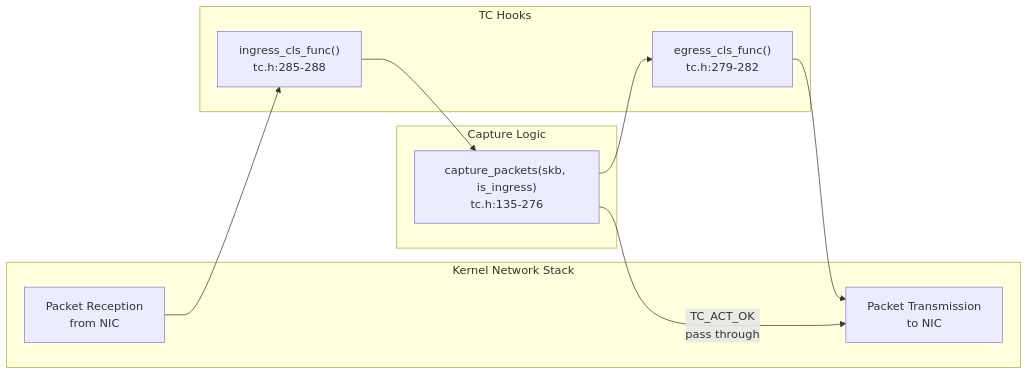
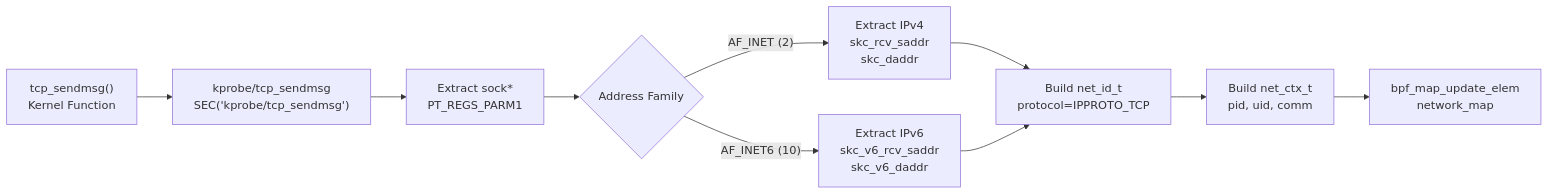
The second of 4 diagrams in src/en/3-capture-modules/3.3-network-packet-capture-with-tc.md (gojue/ecapture.cc), drawn with Mermaid before and after one commit. The commit also changed other lines of this file and 115 other files, not shown here.

````diff
--- a/src/en/3-capture-modules/3.3-network-packet-capture-with-tc.md
+++ b/src/en/3-capture-modules/3.3-network-packet-capture-with-tc.md
@@ -92,24 +217,12 @@
 ```mermaid
 graph LR
-    subgraph "Kernel Network Stack"
-        RX["Packet Reception<br/>from NIC"]
-        TX["Packet Transmission<br/>to NIC"]
-    end
-    
-    subgraph "TC Hooks"
-        ING["ingress_cls_func()<br/>tc.h:285-288"]
-        EGR["egress_cls_func()<br/>tc.h:279-282"]
-    end
-    
-    subgraph "Capture Logic"
-        CAP["capture_packets(skb, is_ingress)<br/>tc.h:135-276"]
-    end
-    
-    RX --> ING
-    ING --> CAP
-    
-    CAP --> EGR
-    EGR --> TX
-    
-    CAP -->|"TC_ACT_OK<br/>pass through"| TX
+    A["tcp_sendmsg()<br/>Kernel Function"] --> B["kprobe/tcp_sendmsg<br/>SEC('kprobe/tcp_sendmsg')"]
+    B --> C["Extract sock*<br/>PT_REGS_PARM1"]
+    C --> D{"Address Family"}
+    D -->|"AF_INET (2)"| E["Extract IPv4<br/>skc_rcv_saddr<br/>skc_daddr"]
+    D -->|"AF_INET6 (10)"| F["Extract IPv6<br/>skc_v6_rcv_saddr<br/>skc_v6_daddr"]
+    E --> G["Build net_id_t<br/>protocol=IPPROTO_TCP"]
+    F --> G
+    G --> H["Build net_ctx_t<br/>pid, uid, comm"]
+    H --> I["bpf_map_update_elem<br/>network_map"]
 ```
````
